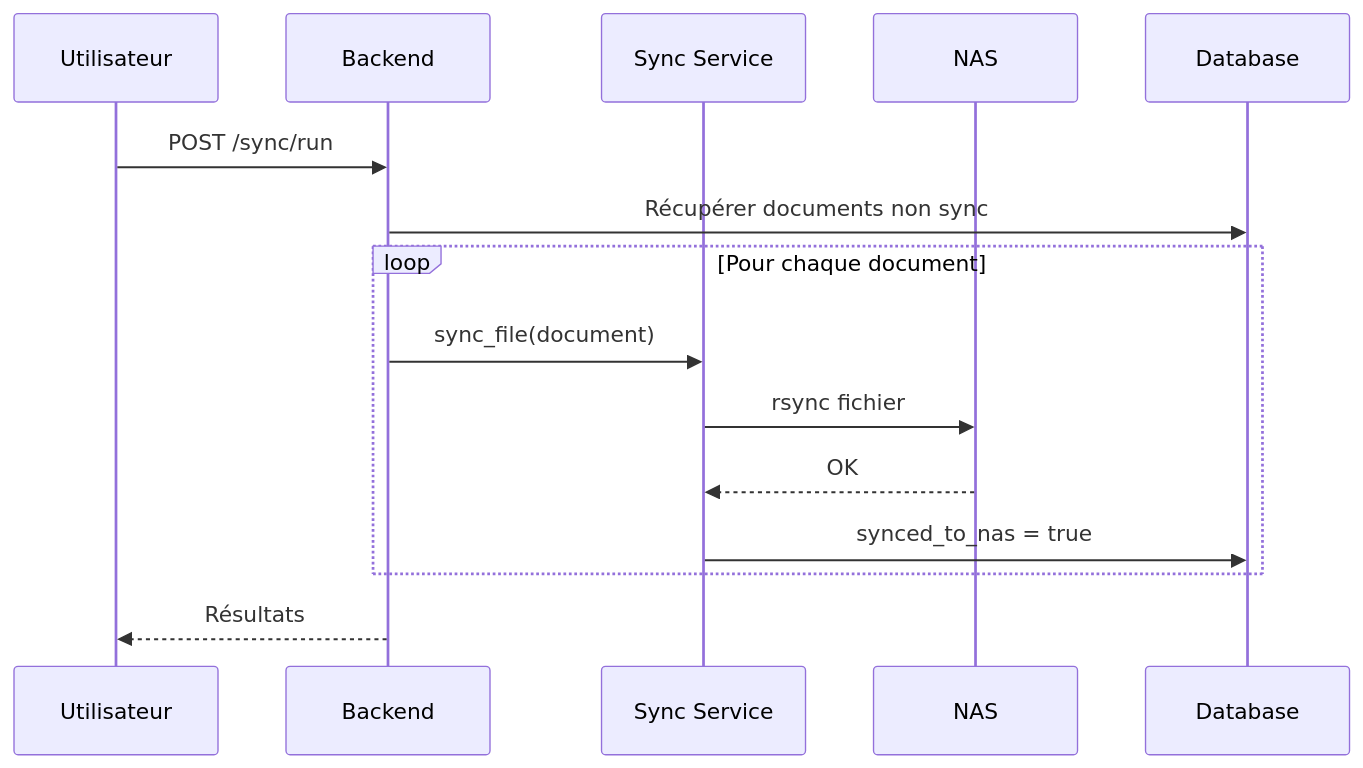
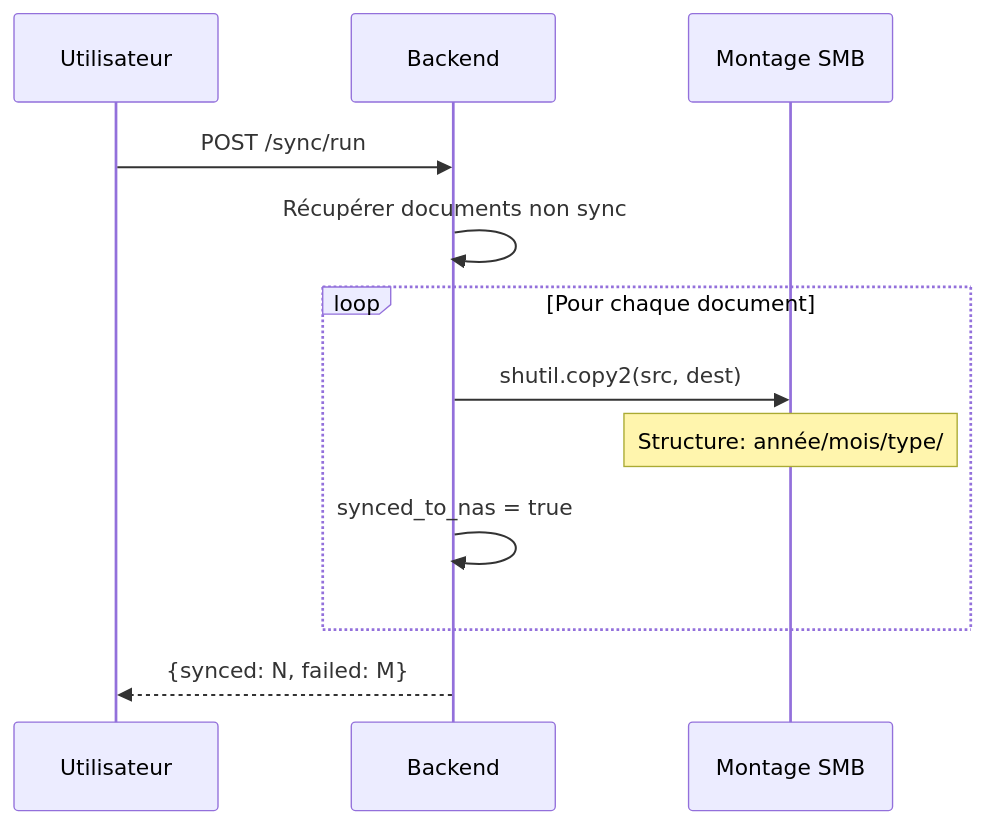
The second of 2 diagrams in docs_src/architecture/overview.md (R0b-1ns/Kash), drawn with Mermaid before and after one commit. The commit also changed other lines of this file and 2 other files, not shown here.

First line of the commit message:
docs: Update architecture documentation for microservices

````diff
--- a/docs_src/architecture/overview.md
+++ b/docs_src/architecture/overview.md
@@ -91,18 +129,15 @@
 ```mermaid
 sequenceDiagram
     participant U as Utilisateur
     participant B as Backend
-    participant S as Sync Service
-    participant N as NAS
-    participant D as Database
+    participant NAS as Montage SMB
 
     U->>B: POST /sync/run
-    B->>D: Récupérer documents non sync
+    B->>B: Récupérer documents non sync
     loop Pour chaque document
-        B->>S: sync_file(document)
-        S->>N: rsync fichier
-        N-->>S: OK
-        S->>D: synced_to_nas = true
+        B->>NAS: shutil.copy2(src, dest)
+        Note over NAS: Structure: année/mois/type/
+        B->>B: synced_to_nas = true
     end
-    B-->>U: Résultats
+    B-->>U: {synced: N, failed: M}
 ```
````
